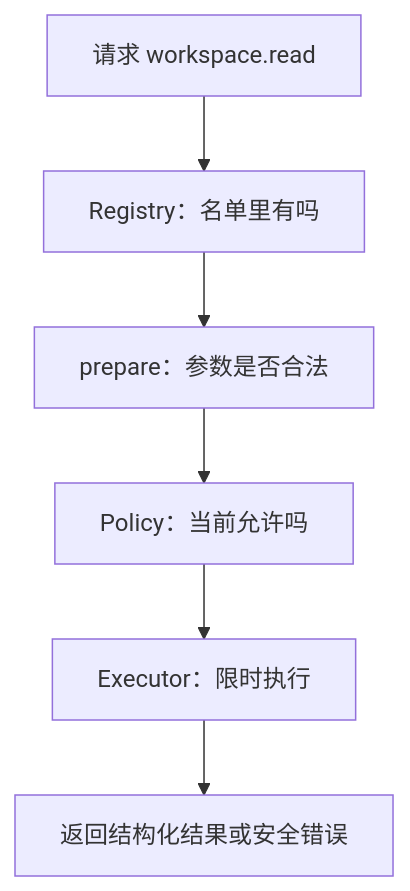
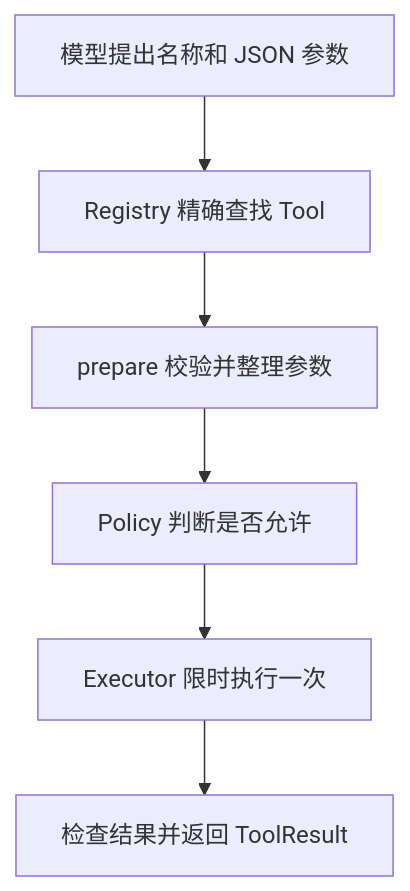
Before and after one commit to CherryYang05/BearAgent: the diagram in site/src/content/docs/zh-cn/learn/tool-execution-boundary.md, drawn with Mermaid. The commit also changed other lines of this file and 43 other files, not shown here.

````diff
--- a/site/src/content/docs/zh-cn/learn/tool-execution-boundary.md
+++ b/site/src/content/docs/zh-cn/learn/tool-execution-boundary.md
@@ -19,8 +25,8 @@
 ```mermaid
 flowchart TB
-    A["请求 workspace.read"] --> B["Registry：名单里有吗"]
-    B --> C["prepare：参数是否合法"]
-    C --> D["Policy：当前允许吗"]
-    D --> E["Executor：限时执行"]
-    E --> F["返回结构化结果或安全错误"]
+    A["模型提出名称和 JSON 参数"] --> B["Registry 精确查找 Tool"]
+    B --> C["prepare 校验并整理参数"]
+    C --> D["Policy 判断是否允许"]
+    D --> E["Executor 限时执行一次"]
+    E --> F["检查结果并返回 ToolResult"]
 ```
````
